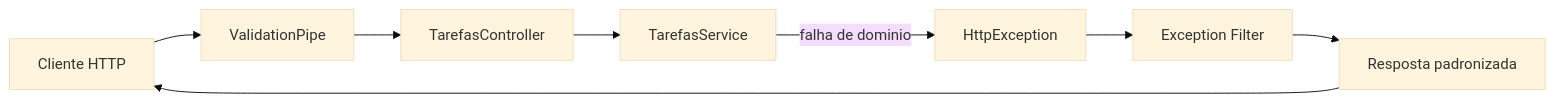
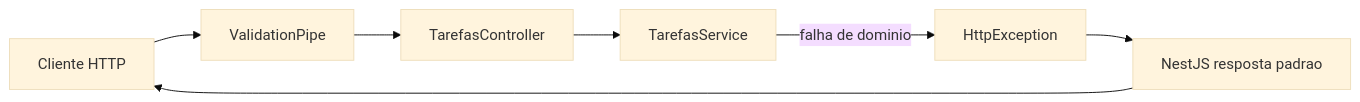
One commit to luciano-alexandre/desen-web-backend changed the diagram in docs/encontros/encontro-11.md. Above: the diagram before and after it, drawn with Mermaid (base theme). The commit also changed other lines of this file, not shown here.

````diff
--- a/docs/encontros/encontro-11.md
+++ b/docs/encontros/encontro-11.md
@@ -57,10 +57,9 @@
 ```mermaid
 flowchart LR
     C[Cliente HTTP] --> VP[ValidationPipe]
     VP --> CT[TarefasController]
     CT --> SV[TarefasService]
     SV -->|falha de dominio| EX[HttpException]
-    EX --> FL[Exception Filter]
-    FL --> R[Resposta padronizada]
-    R --> C
+    EX --> N[NestJS resposta padrao]
+    N --> C
 ```
````
